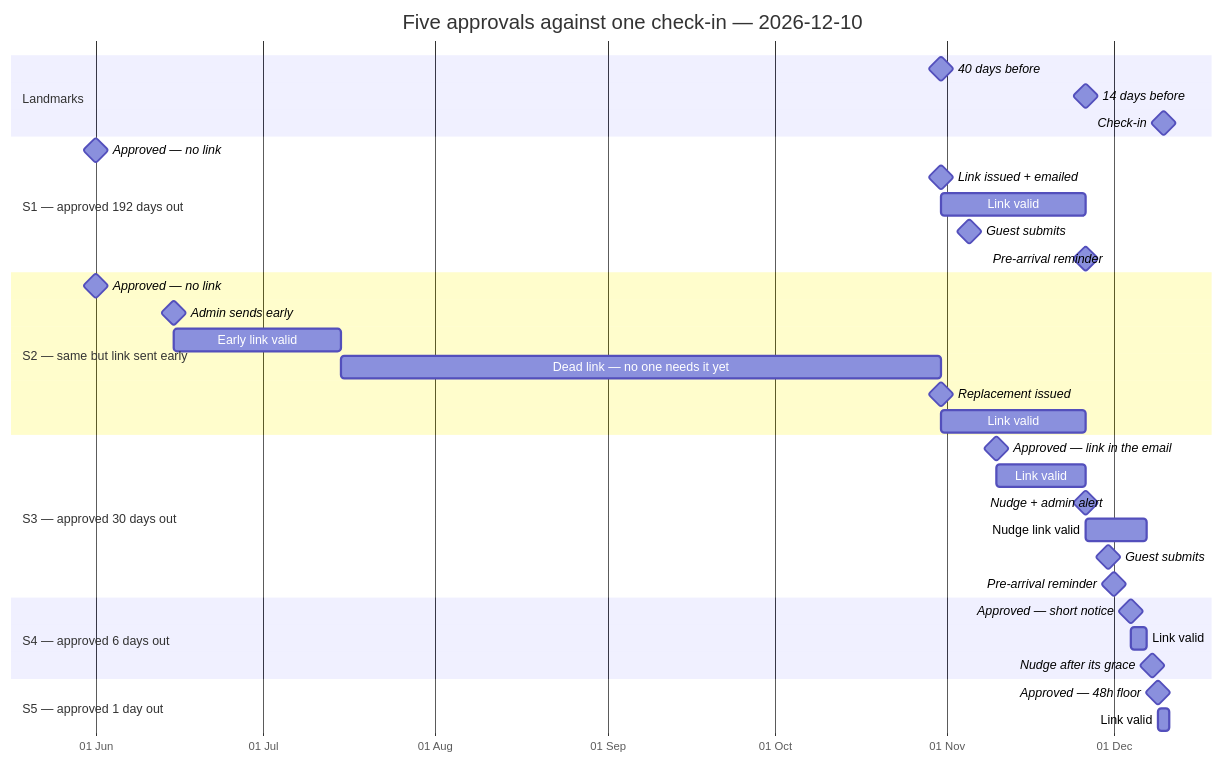
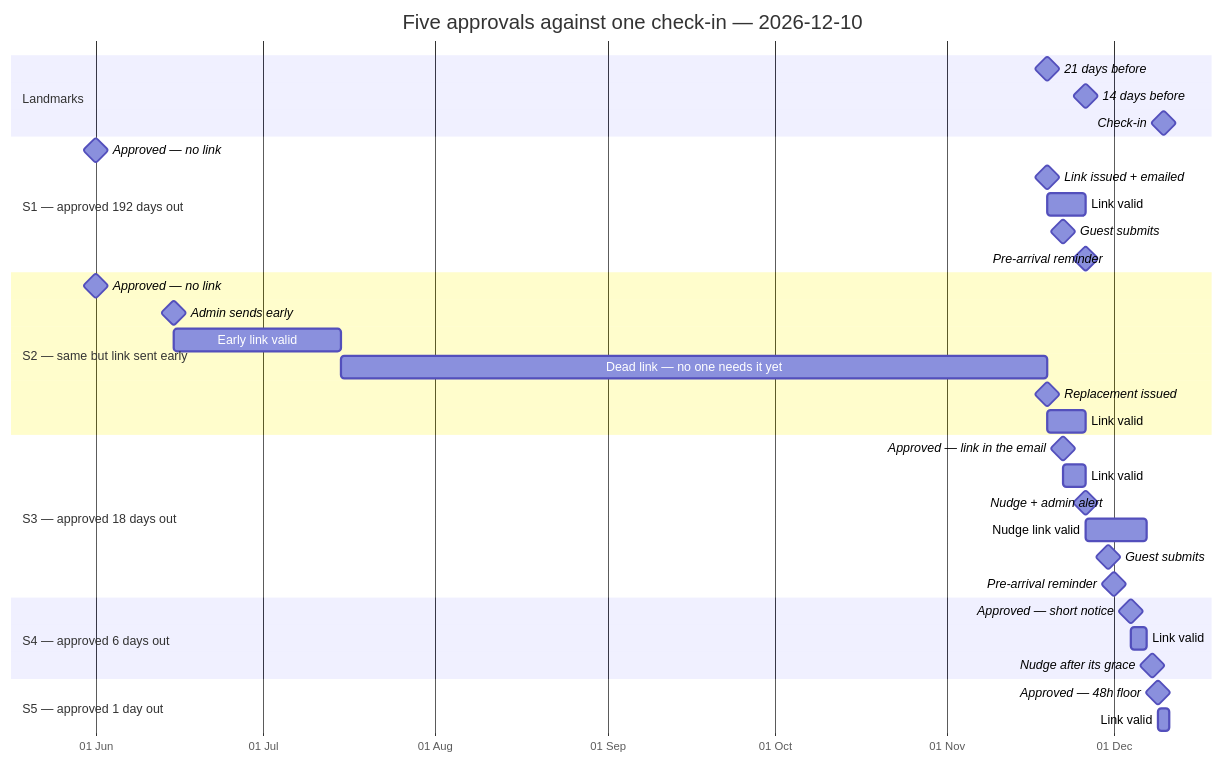
The third of 4 diagrams in docs/product/booking-lifecycle-timeline.md (eliya-amanoeel/akerogarden), drawn with Mermaid before and after one commit. The commit also changed other lines of this file and 28 other files, not shown here.

````diff
--- a/docs/product/booking-lifecycle-timeline.md
+++ b/docs/product/booking-lifecycle-timeline.md
@@ -167,44 +167,44 @@
 ```mermaid
 gantt
     title Five approvals against one check-in — 2026-12-10
     dateFormat YYYY-MM-DD
     axisFormat %d %b
     todayMarker off
 
     section Landmarks
-    40 days before          :milestone, 2026-10-31, 0d
+    21 days before          :milestone, 2026-11-19, 0d
     14 days before          :milestone, 2026-11-26, 0d
     Check-in                :milestone, 2026-12-10, 0d
 
     section S1 — approved 192 days out
     Approved — no link      :milestone, 2026-06-01, 0d
-    Link issued + emailed   :milestone, 2026-10-31, 0d
-    Link valid              :s1a, 2026-10-31, 26d
-    Guest submits           :milestone, 2026-11-05, 0d
+    Link issued + emailed   :milestone, 2026-11-19, 0d
+    Link valid              :s1a, 2026-11-19, 7d
+    Guest submits           :milestone, 2026-11-22, 0d
     Pre-arrival reminder    :milestone, 2026-11-26, 0d
 
     section S2 — same but link sent early
     Approved — no link      :milestone, 2026-06-01, 0d
     Admin sends early       :milestone, 2026-06-15, 0d
     Early link valid        :s2a, 2026-06-15, 30d
-    Dead link — no one needs it yet :s2b, 2026-07-15, 108d
-    Replacement issued      :milestone, 2026-10-31, 0d
-    Link valid              :s2c, 2026-10-31, 26d
+    Dead link — no one needs it yet :s2b, 2026-07-15, 127d
+    Replacement issued      :milestone, 2026-11-19, 0d
+    Link valid              :s2c, 2026-11-19, 7d
 
-    section S3 — approved 30 days out
-    Approved — link in the email :milestone, 2026-11-10, 0d
-    Link valid              :s3a, 2026-11-10, 16d
+    section S3 — approved 18 days out
+    Approved — link in the email :milestone, 2026-11-22, 0d
+    Link valid              :s3a, 2026-11-22, 4d
     Nudge + admin alert     :milestone, 2026-11-26, 0d
     Nudge link valid        :s3b, 2026-11-26, 11d
     Guest submits           :milestone, 2026-11-30, 0d
     Pre-arrival reminder    :milestone, 2026-12-01, 0d
 
     section S4 — approved 6 days out
     Approved — short notice :milestone, 2026-12-04, 0d
     Link valid              :s4a, 2026-12-04, 3d
     Nudge after its grace   :milestone, 2026-12-08, 0d
 
     section S5 — approved 1 day out
     Approved — 48h floor    :milestone, 2026-12-09, 0d
     Link valid              :s5a, 2026-12-09, 2d
 ```
````
